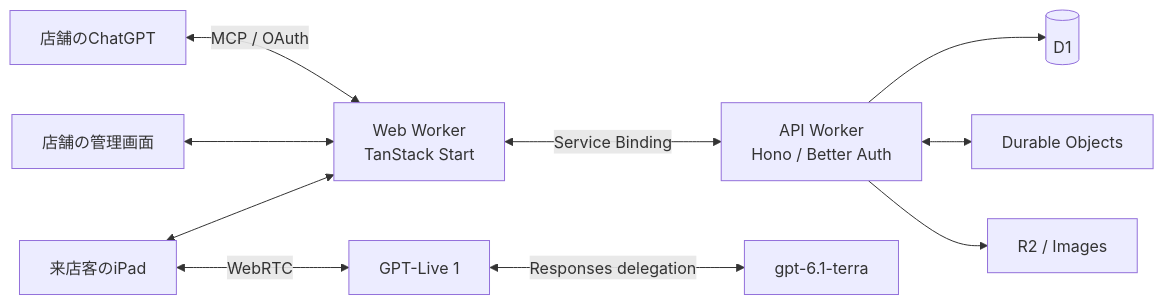
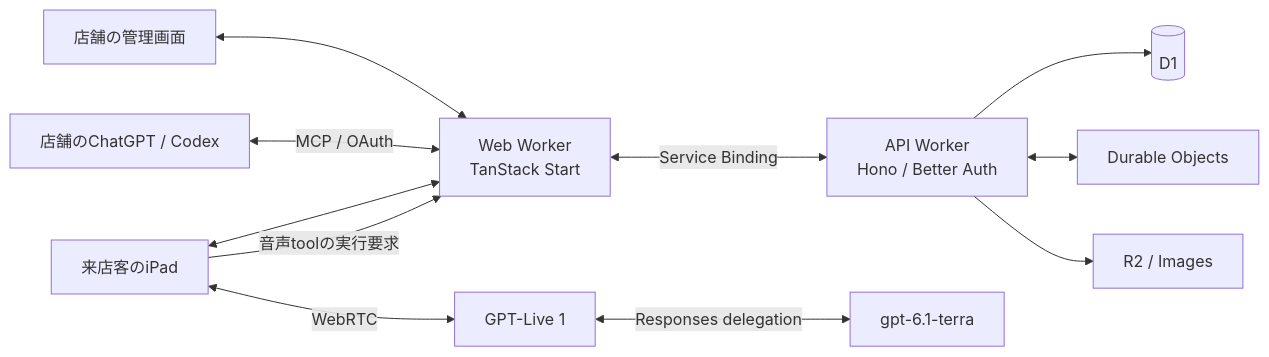
The diagram in README.md (kit-codex-hack-fes-2026/tablecast-poc), drawn with Mermaid before and after one commit. The commit also changed other lines of this file and 63 other files, not shown here.

````diff
--- a/README.md
+++ b/README.md
@@ -49,12 +65,13 @@
 ```mermaid
 flowchart LR
     Guest["来店客のiPad"] <--> Web["Web Worker<br/>TanStack Start"]
     Staff["店舗の管理画面"] <--> Web
-    ChatGPT["店舗のChatGPT"] <-->|MCP / OAuth| Web
+    ChatGPT["店舗のChatGPT / Codex"] <-->|MCP / OAuth| Web
     Web <-->|Service Binding| API["API Worker<br/>Hono / Better Auth"]
     API --> D1[(D1)]
     API <--> DO["Durable Objects"]
     API --> Media["R2 / Images"]
+    Guest -->|音声toolの実行要求| Web
     Guest <-->|WebRTC| Live["GPT-Live 1"]
     Live <-->|Responses delegation| Terra["gpt-6.1-terra"]
 ```
````
